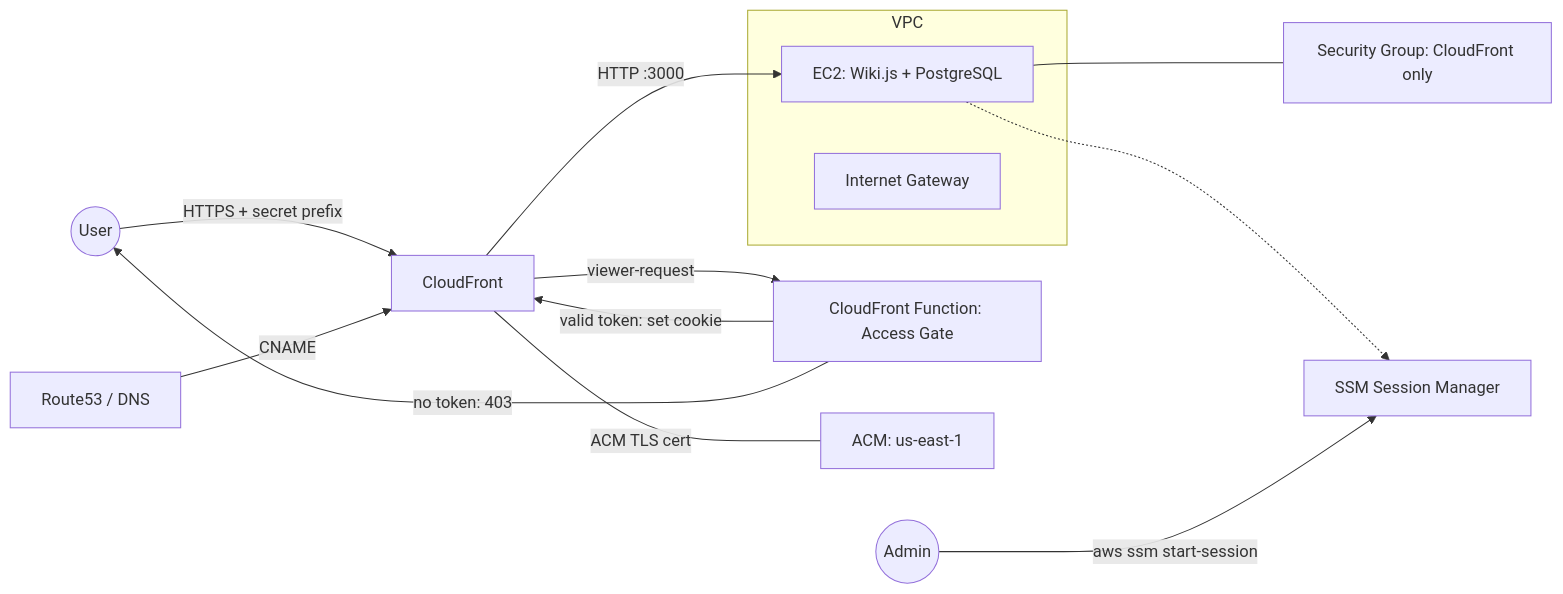
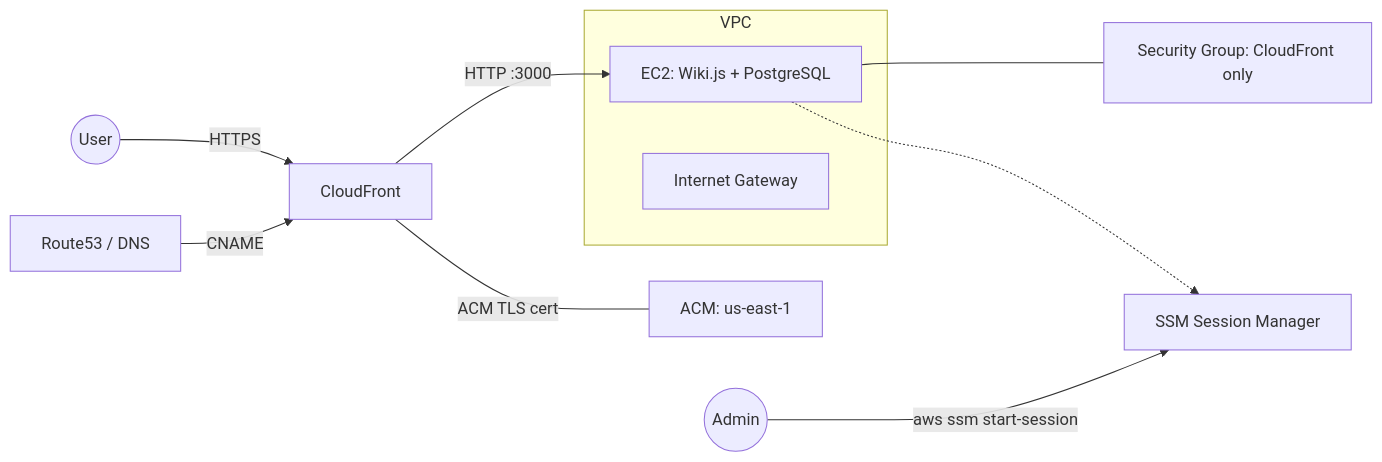
The diagram in wiki.js/README.md (otherbadcoder-bne/scratch), drawn with Mermaid before and after one commit. The commit also changed other lines of this file and 9 other files, not shown here.

````diff
--- a/wiki.js/README.md
+++ b/wiki.js/README.md
@@ -7,19 +7,16 @@
 ```mermaid
 graph LR
-    User((User)) -->|HTTPS + secret prefix| CF[CloudFront]
-    CF -->|viewer-request| Fn[CloudFront Function: Access Gate]
-    Fn -->|valid token: set cookie| CF
-    Fn -->|no token: 403| User
+    User((User)) -->|HTTPS| CF[CloudFront]
     CF -->|HTTP :3000| EC2[EC2: Wiki.js + PostgreSQL]
     EC2 --- SG[Security Group: CloudFront only]
     EC2 -.-> SSM[SSM Session Manager]
     Admin((Admin)) -->|aws ssm start-session| SSM
 
     subgraph VPC
         EC2
         IGW[Internet Gateway]
     end
 
     CF ---|ACM TLS cert| ACM[ACM: us-east-1]
     DNS[Route53 / DNS] -->|CNAME| CF
 ```
````
